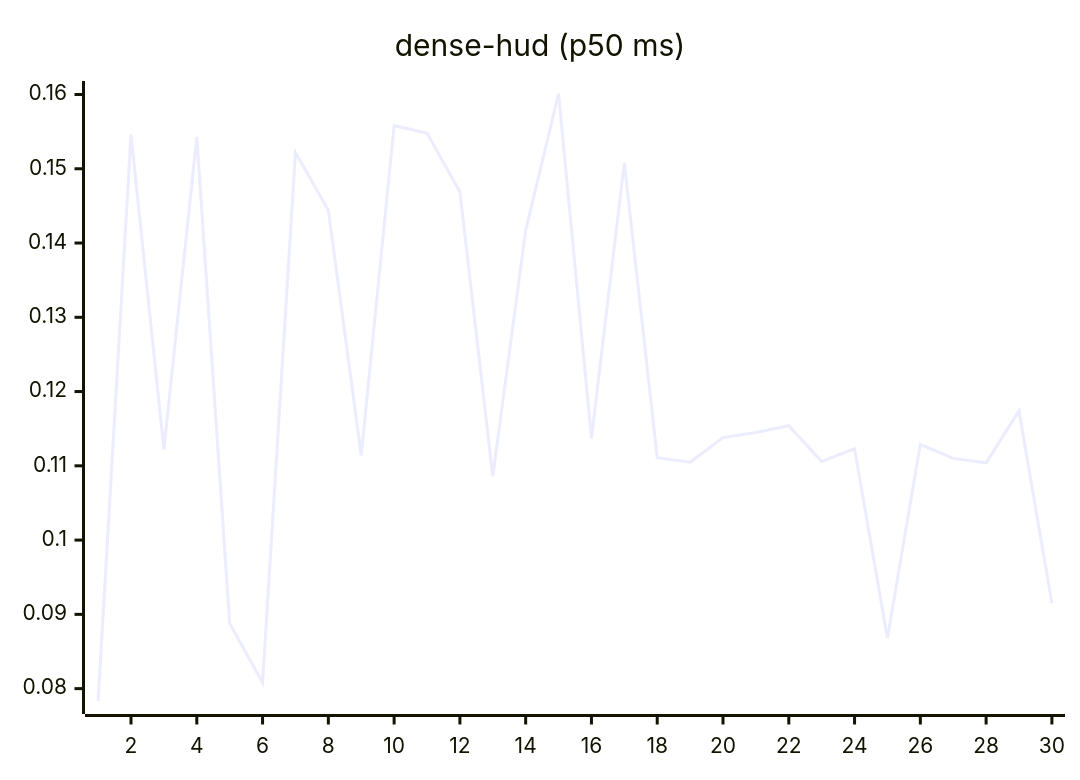
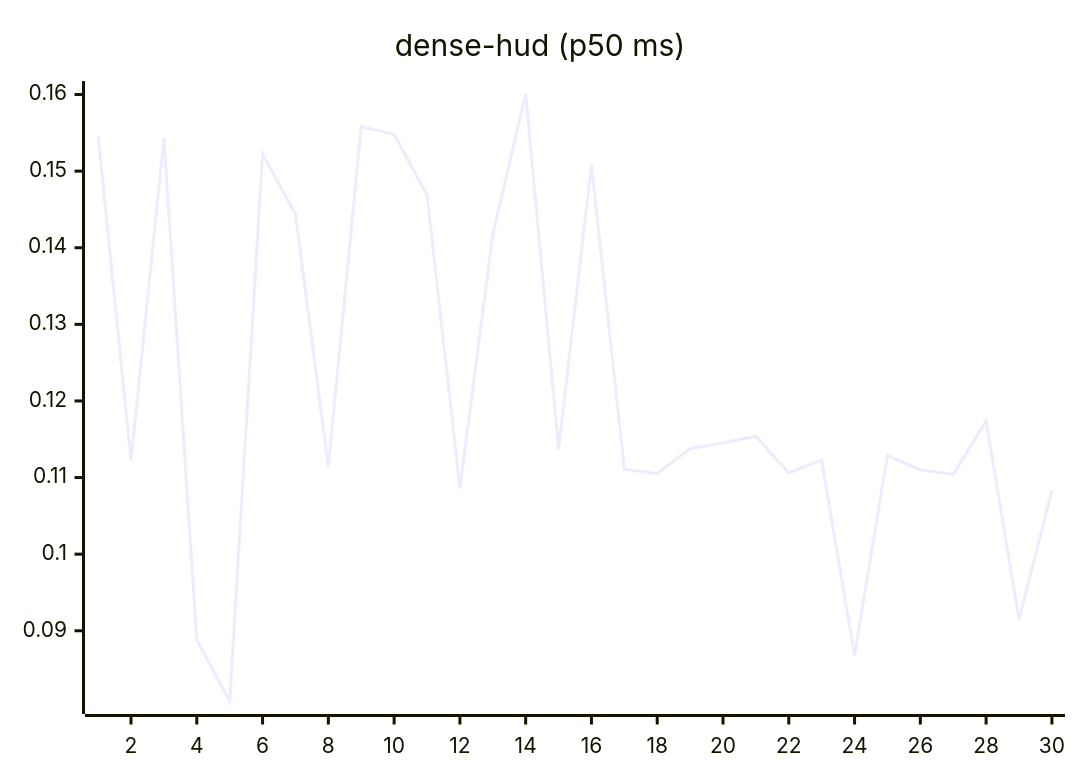
The eighth of 27 diagrams in README.md (josha/Facet), drawn with Mermaid before and after one commit. The commit also changed other lines of this file and 2 other files, not shown here.

````diff
--- a/README.md
+++ b/README.md
@@ -112,6 +112,6 @@
 ```mermaid
 xychart-beta
     title "dense-hud (p50 ms)"
     x-axis 1 --> 30
-    line [0.0783, 0.1546, 0.1122, 0.1543, 0.0888, 0.0808, 0.1522, 0.1444, 0.1114, 0.1558, 0.1548, 0.1469, 0.1086, 0.1417, 0.1601, 0.1137, 0.1508, 0.1111, 0.1105, 0.1138, 0.1145, 0.1154, 0.1106, 0.1123, 0.0868, 0.1129, 0.1110, 0.1104, 0.1174, 0.0915]
+    line [0.1546, 0.1122, 0.1543, 0.0888, 0.0808, 0.1522, 0.1444, 0.1114, 0.1558, 0.1548, 0.1469, 0.1086, 0.1417, 0.1601, 0.1137, 0.1508, 0.1111, 0.1105, 0.1138, 0.1145, 0.1154, 0.1106, 0.1123, 0.0868, 0.1129, 0.1110, 0.1104, 0.1174, 0.0915, 0.1083]
 ```
````
